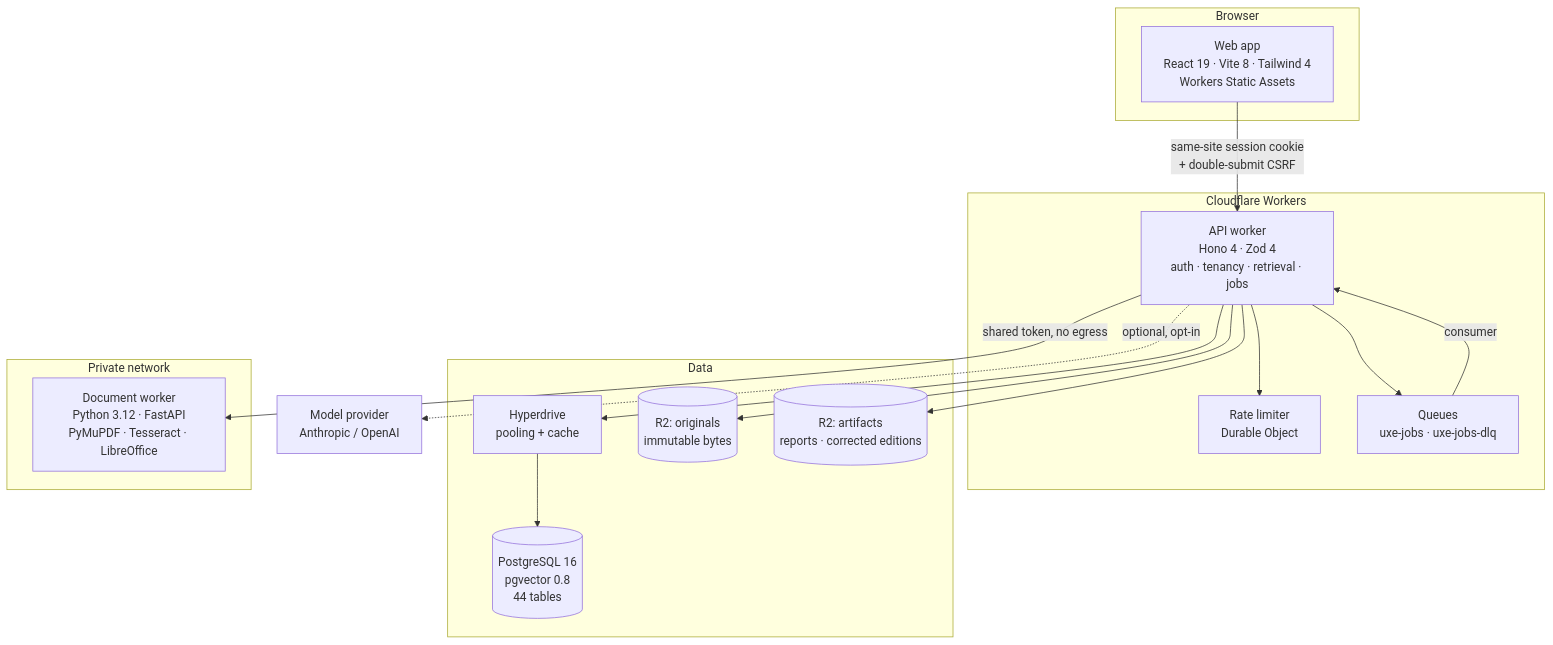
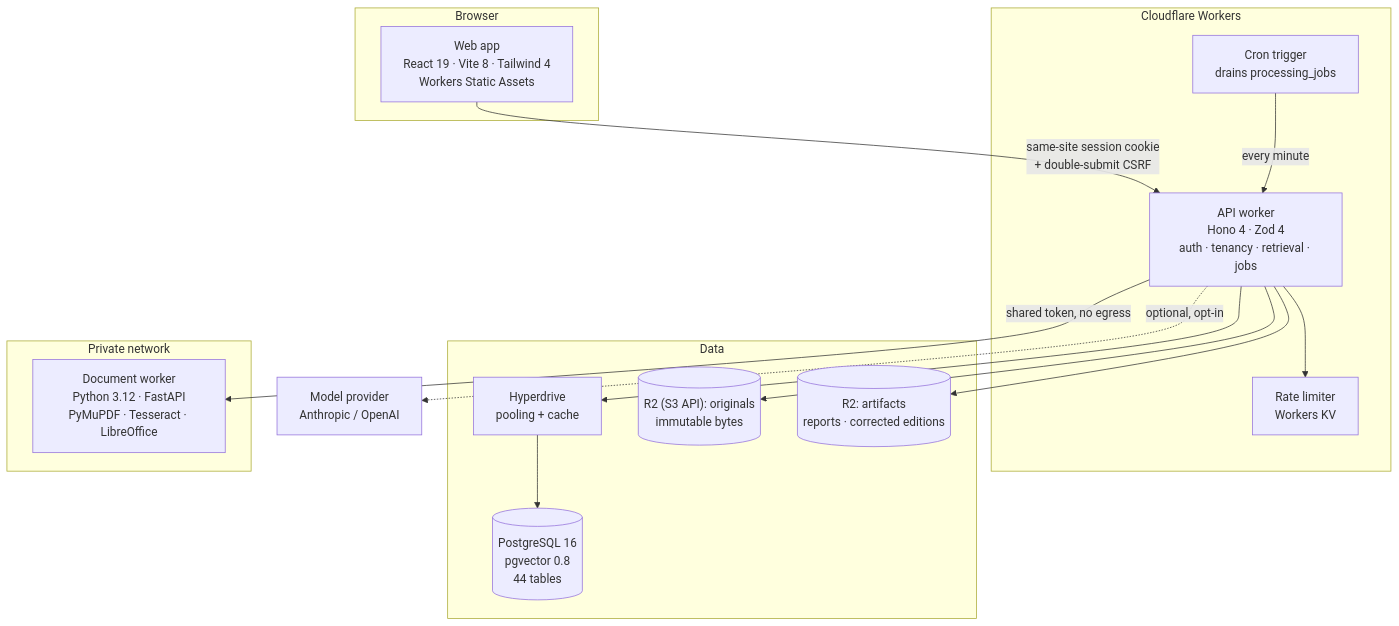
Before and after one commit to drsadivural/atlasrag: the first of 4 diagrams in docs/architecture.md, drawn with Mermaid. The commit also changed 13 other files, not shown here.

````diff
--- a/docs/architecture.md
+++ b/docs/architecture.md
@@ -12,33 +12,32 @@
 ```mermaid
 flowchart TB
   subgraph Browser
     WEB["Web app<br/>React 19 · Vite 8 · Tailwind 4<br/>Workers Static Assets"]
   end
 
   subgraph Edge["Cloudflare Workers"]
     API["API worker<br/>Hono 4 · Zod 4<br/>auth · tenancy · retrieval · jobs"]
-    RL["Rate limiter<br/>Durable Object"]
-    Q["Queues<br/>uxe-jobs · uxe-jobs-dlq"]
+    RL["Rate limiter<br/>Workers KV"]
+    Q["Cron trigger<br/>drains processing_jobs"]
   end
 
   subgraph Data
     HD["Hyperdrive<br/>pooling + cache"]
     PG[("PostgreSQL 16<br/>pgvector 0.8<br/>44 tables")]
-    R2O[("R2: originals<br/>immutable bytes")]
+    R2O[("R2 (S3 API): originals<br/>immutable bytes")]
     R2A[("R2: artifacts<br/>reports · corrected editions")]
   end
 
   subgraph Private["Private network"]
     DW["Document worker<br/>Python 3.12 · FastAPI<br/>PyMuPDF · Tesseract · LibreOffice"]
   end
 
   WEB -- "same-site session cookie<br/>+ double-submit CSRF" --> API
   API --> RL
-  API --> Q
-  Q -- "consumer" --> API
+  Q -- "every minute" --> API
   API --> HD --> PG
   API --> R2O
   API --> R2A
   API -- "shared token, no egress" --> DW
   API -. "optional, opt-in" .-> LLM["Model provider<br/>Anthropic / OpenAI"]
 ```
````
